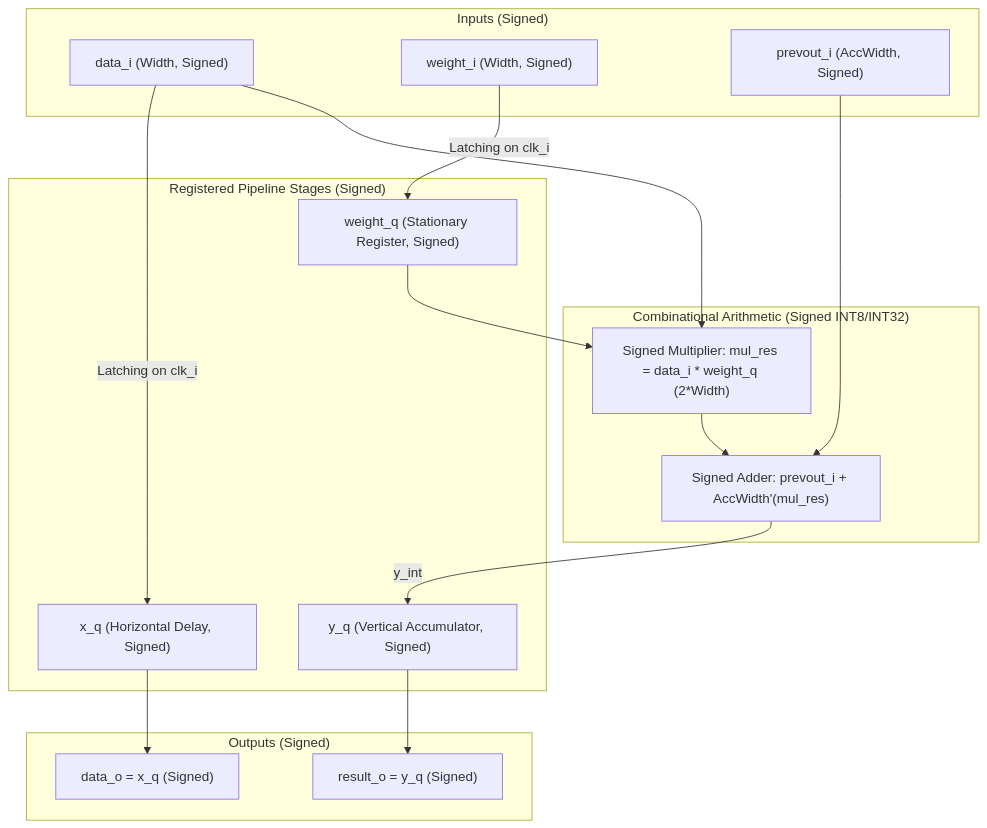
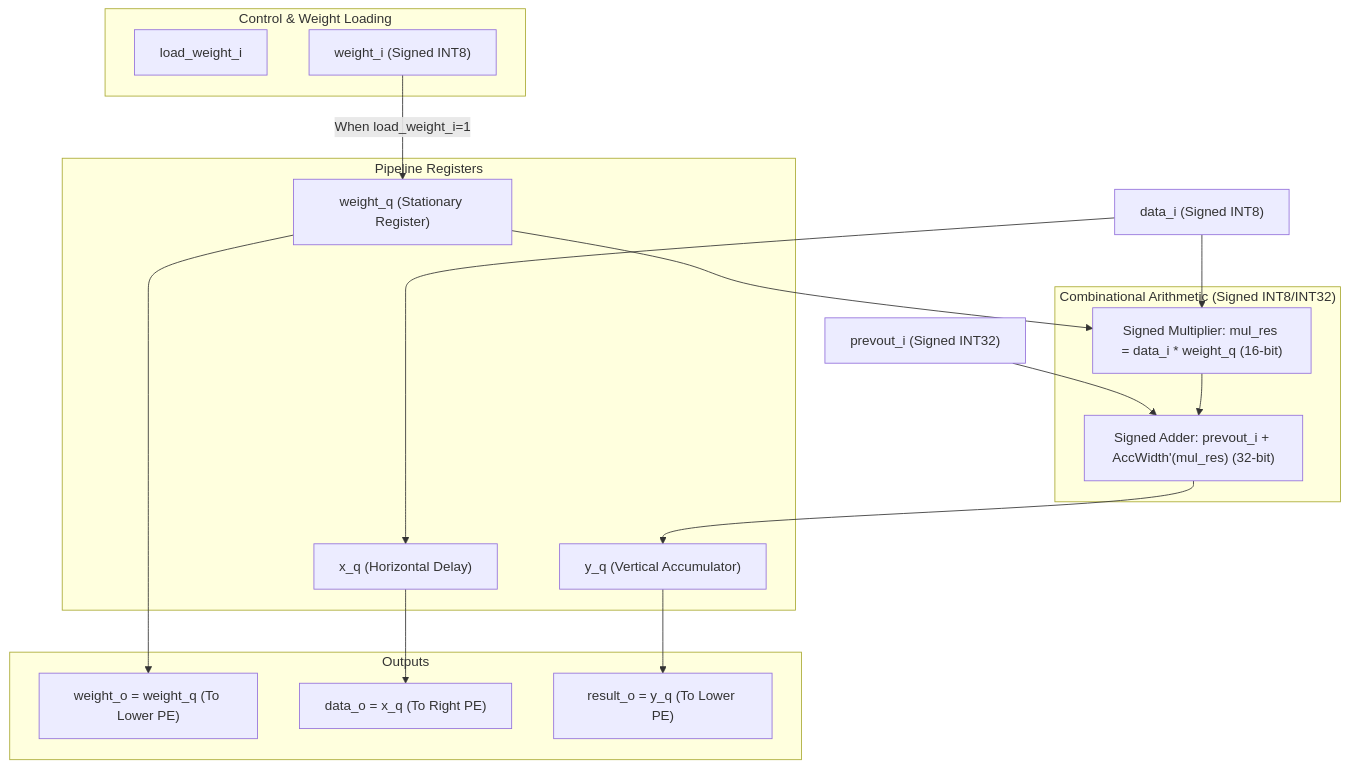
Before and after one commit to Lucaf03/SystolicArray2D: the second of 5 diagrams in README.md, drawn with Mermaid. The commit also changed other lines of this file and 9 other files, not shown here.

````diff
--- a/README.md
+++ b/README.md
@@ -83,36 +97,37 @@
 ```mermaid
 flowchart TD
-    subgraph Inputs ["Inputs (Signed)"]
-        DATA_IN["data_i (Width, Signed)"]
-        WEIGHT_IN["weight_i (Width, Signed)"]
-        PREV_IN["prevout_i (AccWidth, Signed)"]
+    subgraph Control ["Control & Weight Loading"]
+        LOAD_EN["load_weight_i"]
+        W_IN["weight_i (Signed INT8)"]
     end
 
-    subgraph Internal_Registers ["Registered Pipeline Stages (Signed)"]
-        REG_W["weight_q (Stationary Register, Signed)"]
-        REG_X["x_q (Horizontal Delay, Signed)"]
-        REG_Y["y_q (Vertical Accumulator, Signed)"]
+    subgraph Internal_Registers ["Pipeline Registers"]
+        REG_W["weight_q (Stationary Register)"]
+        REG_X["x_q (Horizontal Delay)"]
+        REG_Y["y_q (Vertical Accumulator)"]
     end
 
     subgraph MAC_Unit ["Combinational Arithmetic (Signed INT8/INT32)"]
-        MULT["Signed Multiplier: mul_res = data_i * weight_q (2*Width)"]
-        ADDER["Signed Adder: prevout_i + AccWidth'(mul_res)"]
+        MULT["Signed Multiplier: mul_res = data_i * weight_q (16-bit)"]
+        ADDER["Signed Adder: prevout_i + AccWidth'(mul_res) (32-bit)"]
     end
 
-    subgraph Outputs ["Outputs (Signed)"]
-        DATA_OUT["data_o = x_q (Signed)"]
-        RESULT_OUT["result_o = y_q (Signed)"]
+    subgraph Outputs ["Outputs"]
+        W_OUT["weight_o = weight_q (To Lower PE)"]
+        DATA_OUT["data_o = x_q (To Right PE)"]
+        RES_OUT["result_o = y_q (To Lower PE)"]
     end
 
-    WEIGHT_IN -->|"Latching on clk_i"| REG_W
-    DATA_IN -->|"Latching on clk_i"| REG_X
+    W_IN -->|"When load_weight_i=1"| REG_W
+    REG_W --> W_OUT
+    REG_W --> MULT
+
+    DATA_IN["data_i (Signed INT8)"] --> REG_X
     REG_X --> DATA_OUT
+    DATA_IN --> MULT
 
-    DATA_IN --> MULT
-    REG_W --> MULT
-    PREV_IN --> ADDER
+    PREV_IN["prevout_i (Signed INT32)"] --> ADDER
     MULT --> ADDER
-
-    ADDER -->|"y_int"| REG_Y
-    REG_Y --> RESULT_OUT
+    ADDER --> REG_Y
+    REG_Y --> RES_OUT
 ```
````
